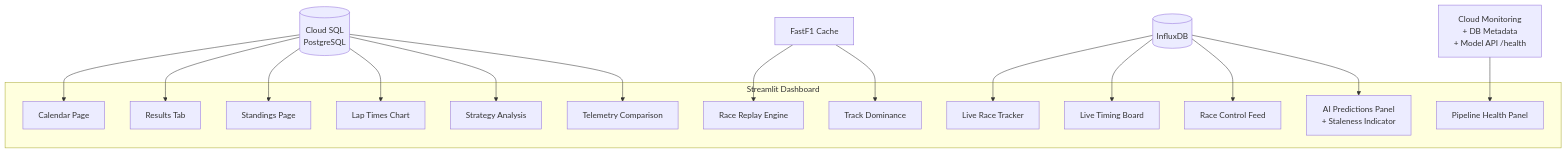
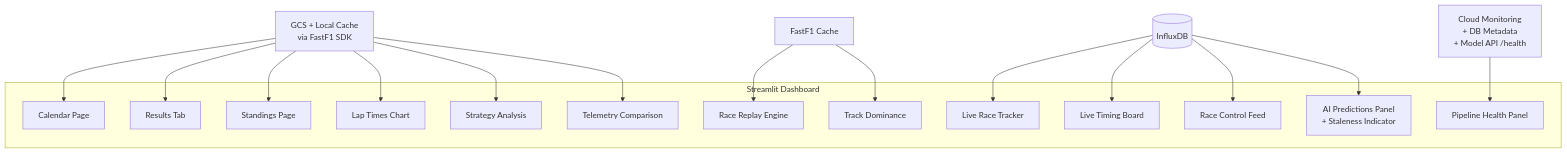
The eighth of 11 diagrams in revised_plan.md (nmk-k66-uet/F1-Chubby-Data), drawn with Mermaid before and after one commit. The commit also changed other lines of this file and 19 other files, not shown here.

Commit message:
change: rework the loader flow to use another blob

````diff
--- a/revised_plan.md
+++ b/revised_plan.md
@@ -466,23 +455,23 @@
 ```mermaid
 flowchart TD
     subgraph Streamlit Dashboard
         CAL[Calendar Page]
         RES[Results Tab]
         STAND[Standings Page]
         LAPS[Lap Times Chart]
         STRAT[Strategy Analysis]
         TEL[Telemetry Comparison]
         REPLAY[Race Replay Engine]
         DOM[Track Dominance]
         LIVE_T[Live Race Tracker]
         LIVE_TM[Live Timing Board]
         LIVE_RC[Race Control Feed]
         LIVE_P[AI Predictions Panel<br/>+ Staleness Indicator]
         HEALTH[Pipeline Health Panel]
     end
 
-    PG[(Cloud SQL<br/>PostgreSQL)] --> CAL & RES & STAND & LAPS & STRAT & TEL
+    GCS_CACHE[GCS + Local Cache<br/>via FastF1 SDK] --> CAL & RES & STAND & LAPS & STRAT & TEL
     INFLUX[(InfluxDB)] --> LIVE_T & LIVE_TM & LIVE_RC & LIVE_P
     FF1[FastF1 Cache] --> REPLAY & DOM
     MONITOR[Cloud Monitoring<br/>+ DB Metadata<br/>+ Model API /health] --> HEALTH
 ```
````
